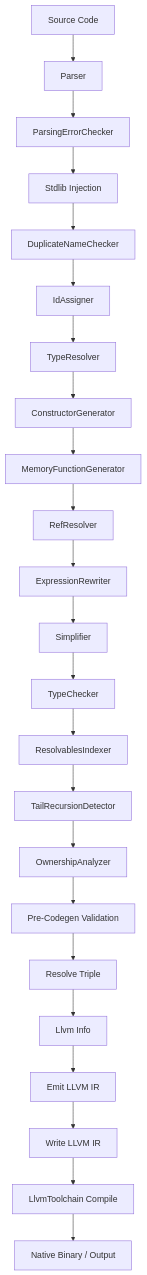
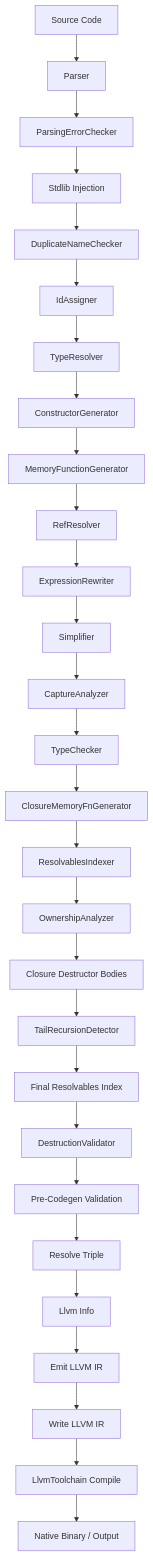
The diagram in docs/design/compiler-design.md (fedesilva/minnieml), drawn with Mermaid before and after one commit. The commit also changed other lines of this file and 41 other files, not shown here.

First line of the commit message:
Represent closure destruction as typed AST operations

````diff
--- a/docs/design/compiler-design.md
+++ b/docs/design/compiler-design.md
@@ -1090,25 +1128,30 @@
 ```mermaid
 flowchart TD
     Source[Source Code] --> Parse[Parser]
     Parse --> PEC[ParsingErrorChecker]
     PEC --> Inject[Stdlib Injection]
     Inject --> DNC[DuplicateNameChecker]
     DNC --> IDA[IdAssigner]
     IDA --> TR[TypeResolver]
     TR --> CG[ConstructorGenerator]
     CG --> MFG[MemoryFunctionGenerator]
     MFG --> RR[RefResolver]
     RR --> ER[ExpressionRewriter]
     ER --> S[Simplifier]
-    S --> TC[TypeChecker]
-    TC --> RI[ResolvablesIndexer]
-    RI --> TRD[TailRecursionDetector]
-    TRD --> OA[OwnershipAnalyzer]
-    OA --> VAL[Pre-Codegen Validation]
+    S --> CA[CaptureAnalyzer]
+    CA --> TC[TypeChecker]
+    TC --> CMG[ClosureMemoryFnGenerator]
+    CMG --> RI[ResolvablesIndexer]
+    RI --> OA[OwnershipAnalyzer]
+    OA --> DB[Closure Destructor Bodies]
+    DB --> TRD[TailRecursionDetector]
+    TRD --> RIF[Final Resolvables Index]
+    RIF --> DV[DestructionValidator]
+    DV --> VAL[Pre-Codegen Validation]
     VAL --> RT[Resolve Triple]
     RT --> LI[Llvm Info]
     LI --> EM[Emit LLVM IR]
     EM --> WI[Write LLVM IR]
     WI --> TOOL[LlvmToolchain Compile]
     TOOL --> Binary[Native Binary / Output]
 ```
````
